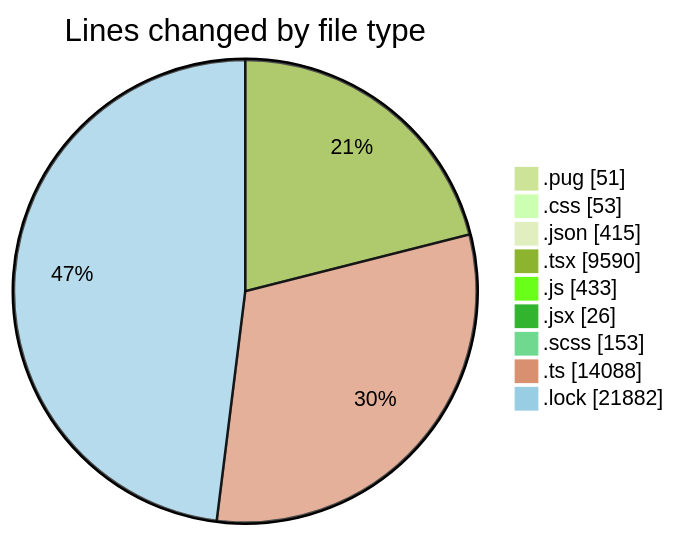
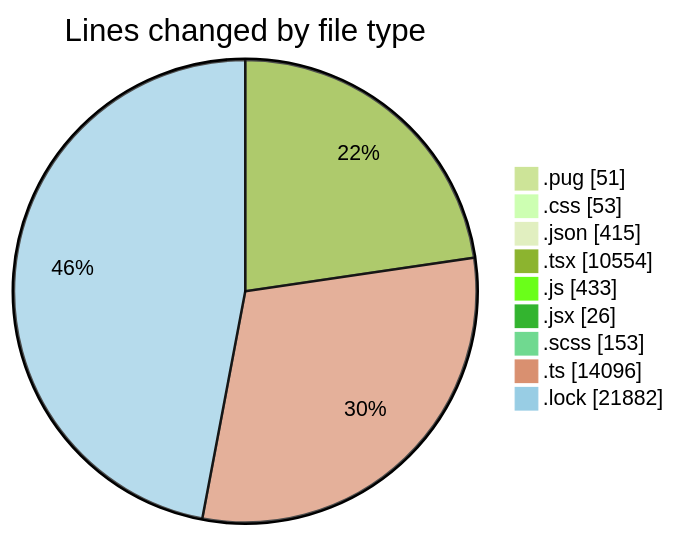
One commit to momahboobian/code-tracking changed the first of 2 diagrams in 2025-11-06/cda/README.md. Above: the diagram before and after it, drawn with Mermaid (forest theme). The commit also changed other lines of this file and 1 other file, not shown here.

````diff
--- a/2025-11-06/cda/README.md
+++ b/2025-11-06/cda/README.md
@@ -51,13 +52,13 @@
 ```mermaid
 pie showData
 title Lines changed by file type
 ".pug" : 51
 ".css" : 53
 ".json" : 415
-".tsx" : 9590
+".tsx" : 10554
 ".js" : 433
 ".jsx" : 26
 ".scss" : 153
-".ts" : 14088
+".ts" : 14096
 ".lock" : 21882
 ```
````
